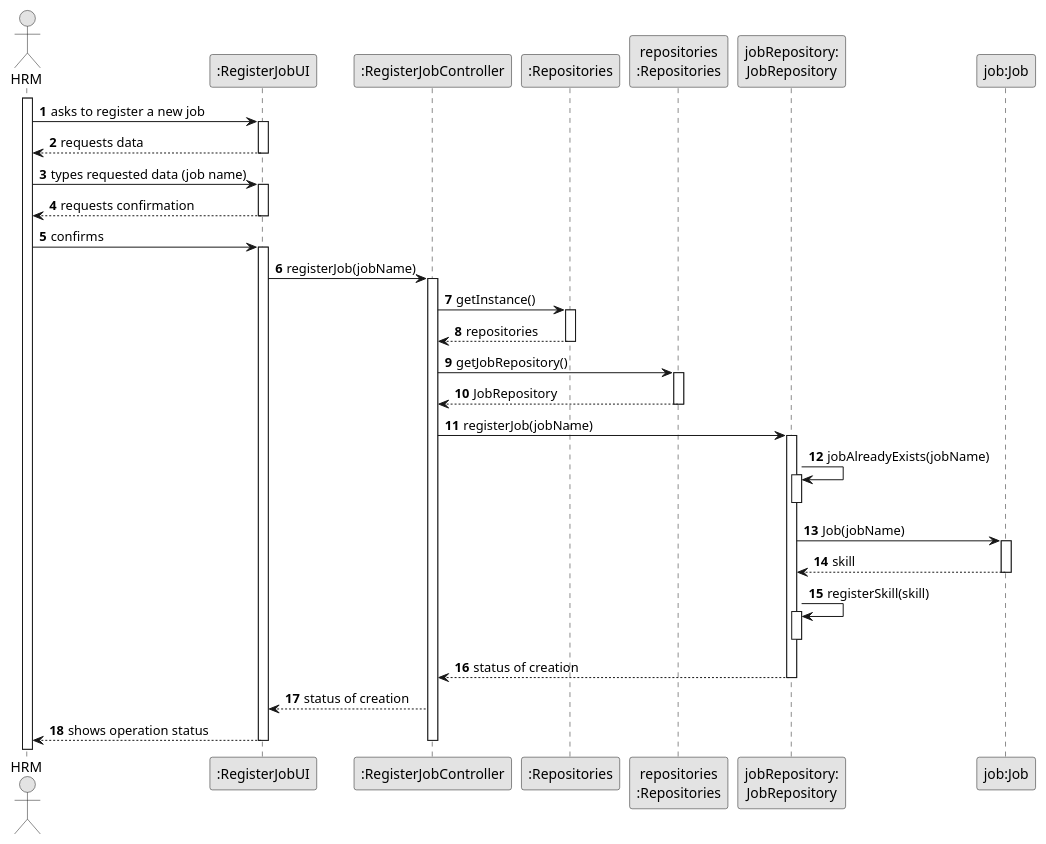
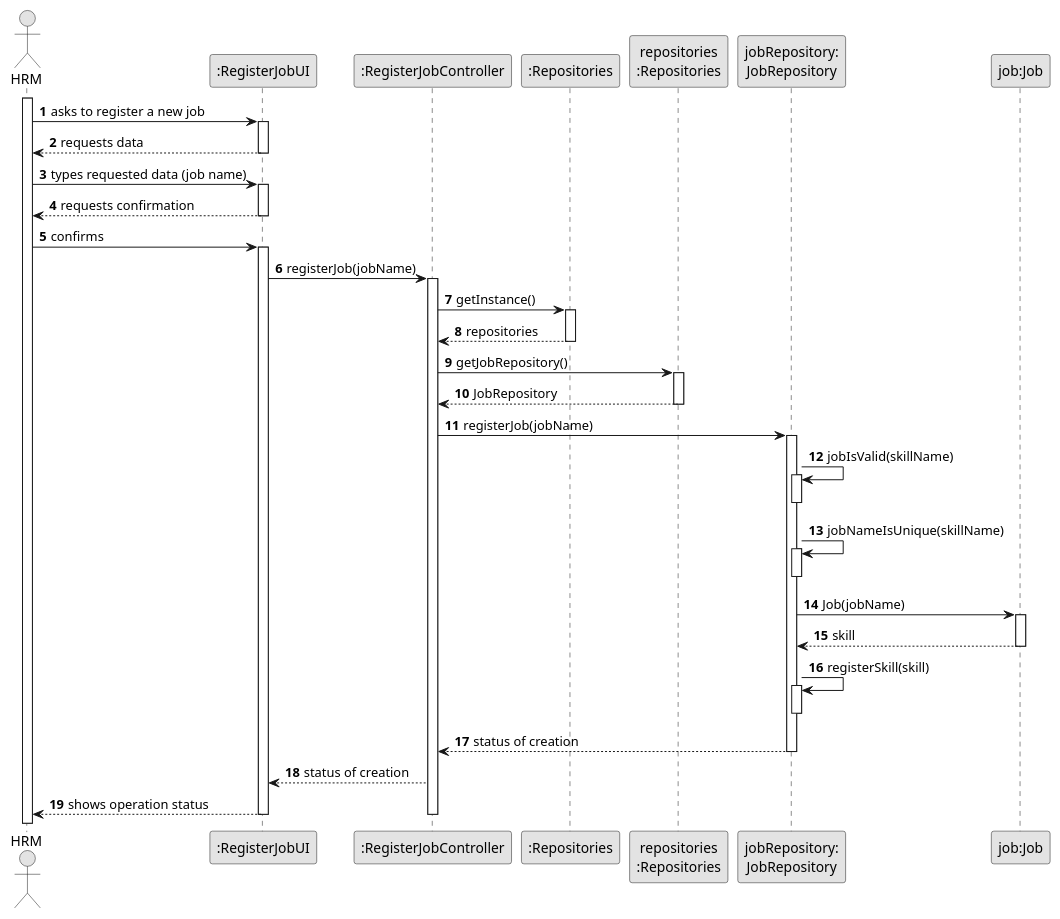
One commit to Departamento-de-Engenharia-Informatica/lei-24-s2-1do-g164 changed the diagram in docs/sprintB/us002/03.design/puml/us002-sequence-diagram-full.puml. Above: the diagram before and after it, drawn with PlantUML. The commit also changed 7 other files, not shown here.

Commit message:
US02(docs): sd updated for coherence with US01 sd, implementation of RegisterJobUI.java, adaptation of JobRepository.java and RegisterJobController.java

```diff
--- a/docs/sprintB/us002/03.design/puml/us002-sequence-diagram-full.puml
+++ b/docs/sprintB/us002/03.design/puml/us002-sequence-diagram-full.puml
@@ -1,80 +1,83 @@
 @startuml
 skinparam monochrome true
 skinparam packageStyle rectangle
 skinparam shadowing false
 
 autonumber
 
 'hide footbox
 actor " HRM" as ADM
 participant ":RegisterJobUI" as UI
 participant ":RegisterJobController" as CTRL
 participant ":Repositories" as RepositorySingleton
 participant "repositories\n:Repositories" as PLAT
 participant "jobRepository:\nJobRepository" as JobRepository
 participant "job:Job" as job
 
 activate ADM
 
         ADM -> UI : asks to register a new job
 
         activate UI
 
 '            UI --> ADM : requests data (reference, description,  informal \n description, technical description, duration, cost)
             'create CTRL
 
 
             UI --> ADM : requests data
         deactivate UI
 
     ADM -> UI : types requested data (job name)
     activate UI
 
         UI --> ADM : requests confirmation
     deactivate UI
 
     ADM -> UI : confirms
     activate UI
 
         UI -> CTRL : registerJob(jobName)
         activate CTRL
 
 
                 CTRL -> RepositorySingleton : getInstance()
                 activate RepositorySingleton
 
                     RepositorySingleton --> CTRL: repositories
                 deactivate RepositorySingleton
 
                 CTRL -> PLAT : getJobRepository()
                 activate PLAT
 
                     PLAT --> CTRL : JobRepository
                 deactivate PLAT
 
                 CTRL -> JobRepository : registerJob(jobName)
                 activate JobRepository
 
+                        JobRepository -> JobRepository : jobIsValid(skillName)
+                                activate JobRepository
+                                deactivate JobRepository
+                                JobRepository -> JobRepository : jobNameIsUnique(skillName)
+                                activate JobRepository
+                                deactivate JobRepository
 
-                        JobRepository -> JobRepository : jobAlreadyExists(jobName)
-                        activate JobRepository
-                        deactivate JobRepository
                         "JobRepository" -> job : Job(jobName)
                         activate job
                         "JobRepository" <-- job : skill
                         deactivate job
                         JobRepository -> JobRepository : registerSkill(skill)
                         activate JobRepository
                         deactivate JobRepository
 
 
                     JobRepository --> CTRL : status of creation
                 deactivate JobRepository
                     CTRL --> UI : status of creation
                     UI --> ADM : shows operation status
                     deactivate UI
             deactivate CTRL
 
 
 
 @enduml
```
